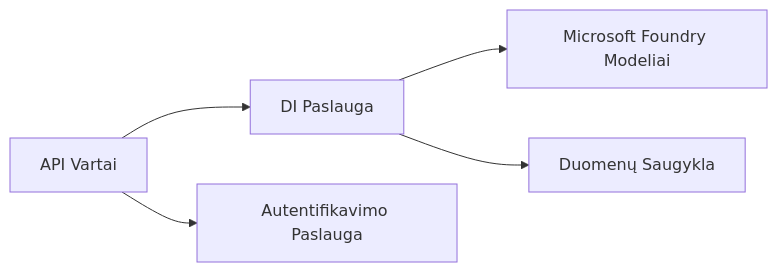
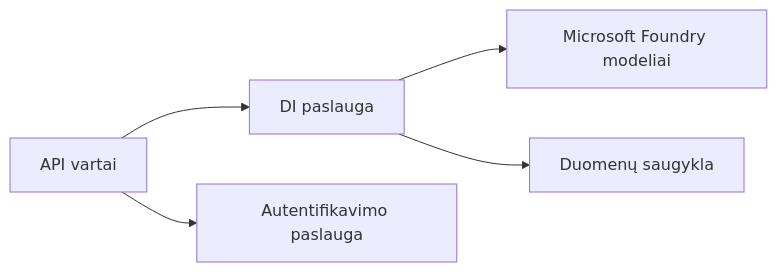
The first of 2 diagrams in translations/lt/docs/chapter-08-production/README.md (microsoft/AZD-for-beginners), drawn with Mermaid before and after one commit. The commit also changed other lines of this file and 104 other files, not shown here.

````diff
--- a/translations/lt/docs/chapter-08-production/README.md
+++ b/translations/lt/docs/chapter-08-production/README.md
@@ -48,6 +48,6 @@
 ```mermaid
 graph LR
-    Gateway[API Vartai] --> AI[DI Paslauga] --> Models[Microsoft Foundry Modeliai]
-    Gateway --> Auth[Autentifikavimo Paslauga]
-    AI --> Data[Duomenų Saugykla]
+    Gateway[API vartai] --> AI[DI paslauga] --> Models[Microsoft Foundry modeliai]
+    Gateway --> Auth[Autentifikavimo paslauga]
+    AI --> Data[Duomenų saugykla]
 ```
````
